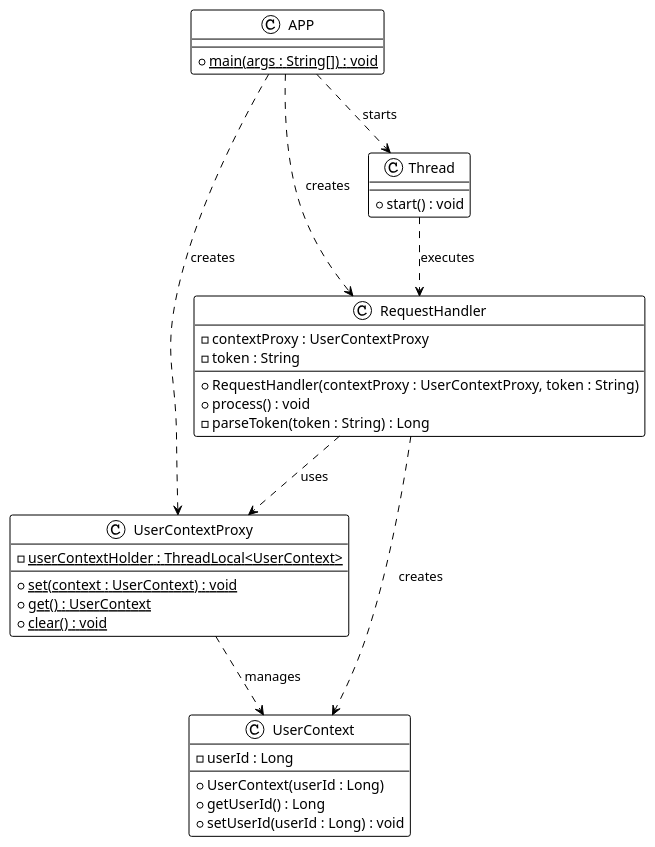
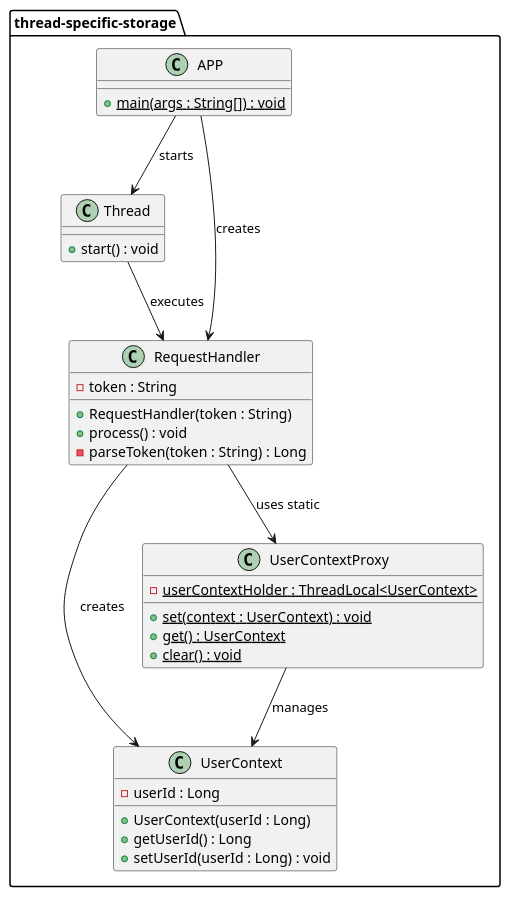
The diagram in thread-specific-storage/etc/thread-specific-storage.urm.puml (iluwatar/java-design-patterns), drawn with PlantUML before and after one commit. The commit also changed 2 other files, not shown here.

Commit message:
fixed: update uml and README.md

```diff
--- a/thread-specific-storage/etc/thread-specific-storage.urm.puml
+++ b/thread-specific-storage/etc/thread-specific-storage.urm.puml
@@ -1,37 +1,41 @@
 @startuml
-!theme plain
-top to bottom direction
-class UserContext {
-  - userId : Long
-  + UserContext(userId : Long)
-  + getUserId() : Long
-  + setUserId(userId : Long) : void
+package thread-specific-storage {
+
+  class APP {
+    + {static} main(args : String[]) : void
+  }
+
+  class Thread {
+    + start() : void
+  }
+
+  class UserContext {
+    - userId : Long
+    + UserContext(userId : Long)
+    + getUserId() : Long
+    + setUserId(userId : Long) : void
+  }
+
+  class UserContextProxy {
+    - {static} userContextHolder : ThreadLocal<UserContext>
+    + {static} set(context : UserContext) : void
+    + {static} get() : UserContext
+    + {static} clear() : void
+  }
+
+  class RequestHandler {
+    - token : String
+    + RequestHandler(token : String)
+    + process() : void
+    - parseToken(token : String) : Long
+  }
+
+  UserContextProxy --> UserContext : manages
+  RequestHandler --> UserContextProxy : uses static
+  RequestHandler --> UserContext : creates
+  APP --> RequestHandler : creates
+  APP --> Thread : starts
+  Thread --> RequestHandler : executes
+
 }
-class UserContextProxy {
-  - {static} userContextHolder : ThreadLocal<UserContext>
-  + {static} set(context : UserContext) : void
-  + {static} get() : UserContext
-  + {static} clear() : void
-}
-class RequestHandler {
-  - contextProxy : UserContextProxy
-  - token : String
-  + RequestHandler(contextProxy : UserContextProxy, token : String)
-  + process() : void
-  - parseToken(token : String) : Long
-}
-class APP {
-  + {static} main(args : String[]) : void
-}
-class Thread {
-  + start() : void
-}
-
-UserContextProxy ..> UserContext : manages
-RequestHandler ..> UserContextProxy : uses
-RequestHandler ..> UserContext : creates
-APP ..> UserContextProxy : creates
-APP ..> RequestHandler : creates
-APP ..> Thread : starts
-Thread ..> RequestHandler : executes
 @enduml
```
